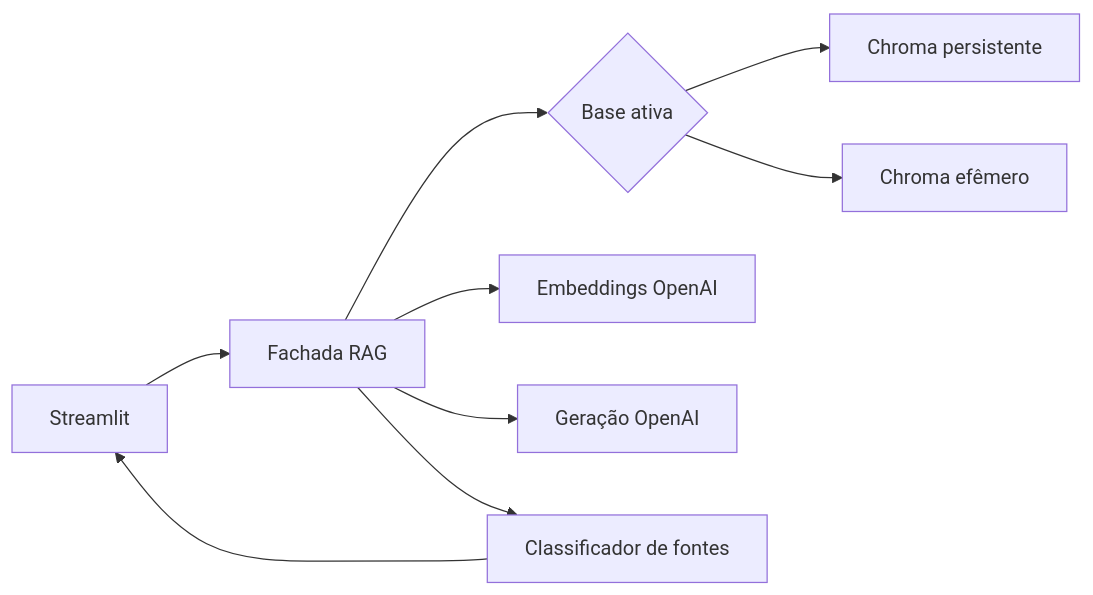
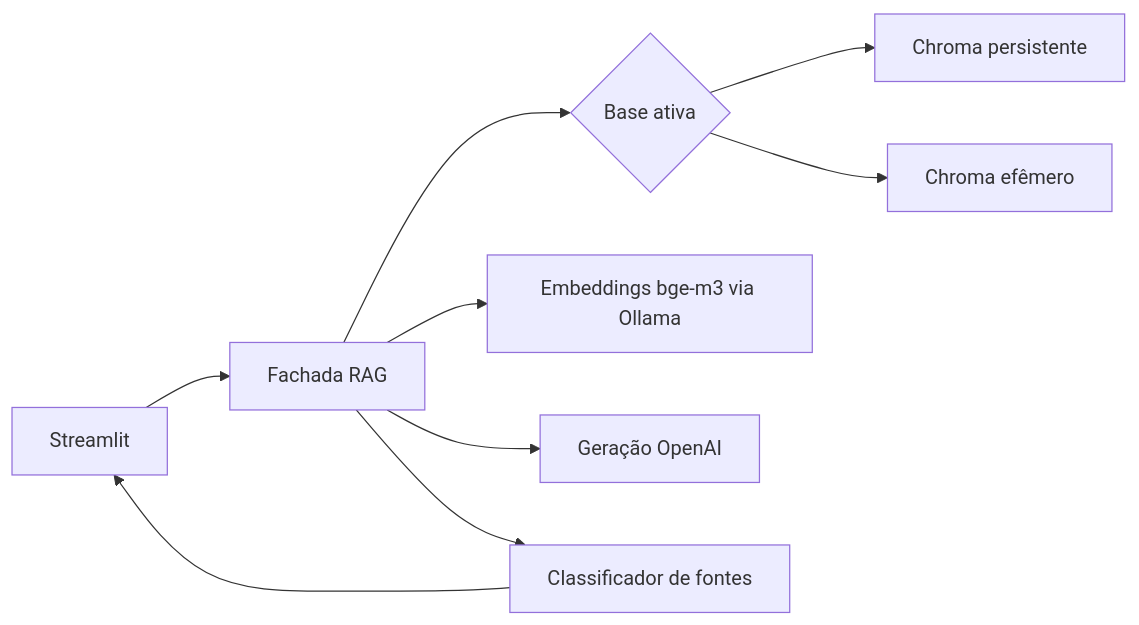
The diagram in docs/tdd/migracao-openai-rag.md (Roger-Quinelato/webinarioOllamaRAG), drawn with Mermaid before and after one commit. The commit also changed other lines of this file and 7 other files, not shown here.

````diff
--- a/docs/tdd/migracao-openai-rag.md
+++ b/docs/tdd/migracao-openai-rag.md
@@ -25,11 +28,11 @@
 ```mermaid
 flowchart LR
   UI[Streamlit] --> RAG[Fachada RAG]
   RAG --> BASE{Base ativa}
   BASE --> OFICIAL[Chroma persistente]
   BASE --> SESSAO[Chroma efêmero]
-  RAG --> EMB[Embeddings OpenAI]
+  RAG --> EMB[Embeddings bge-m3 via Ollama]
   RAG --> GEN[Geração OpenAI]
   RAG --> FONTES[Classificador de fontes]
   FONTES --> UI
 ```
````
